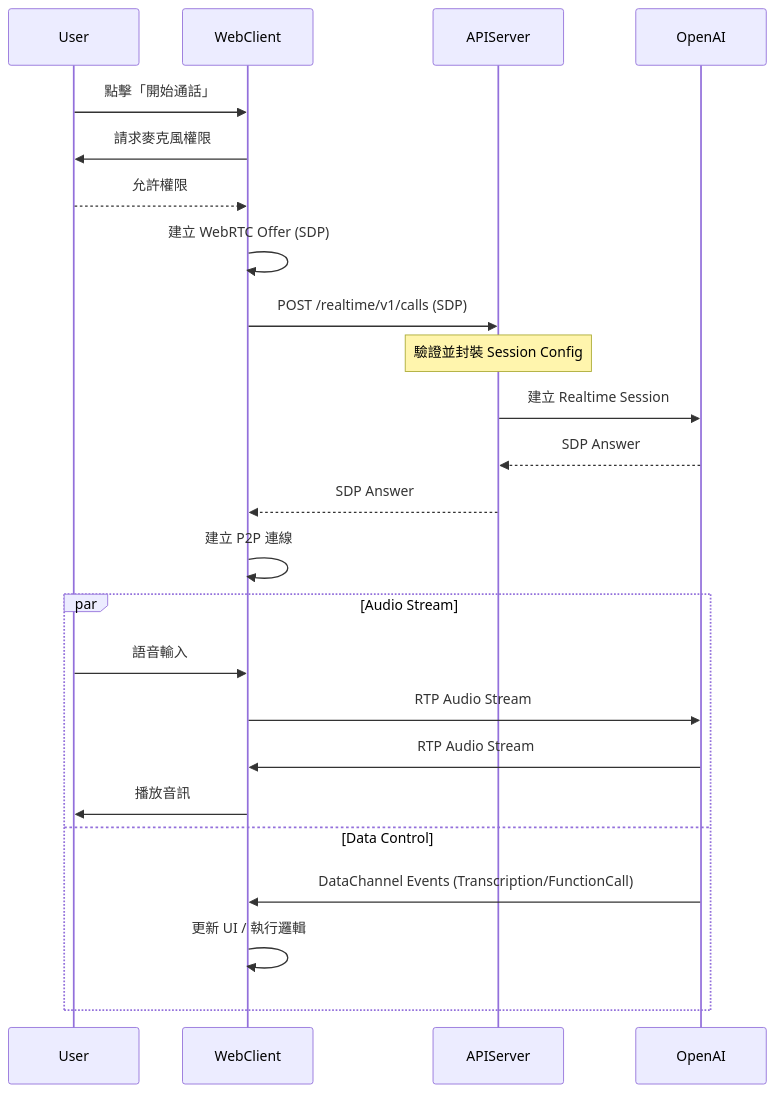
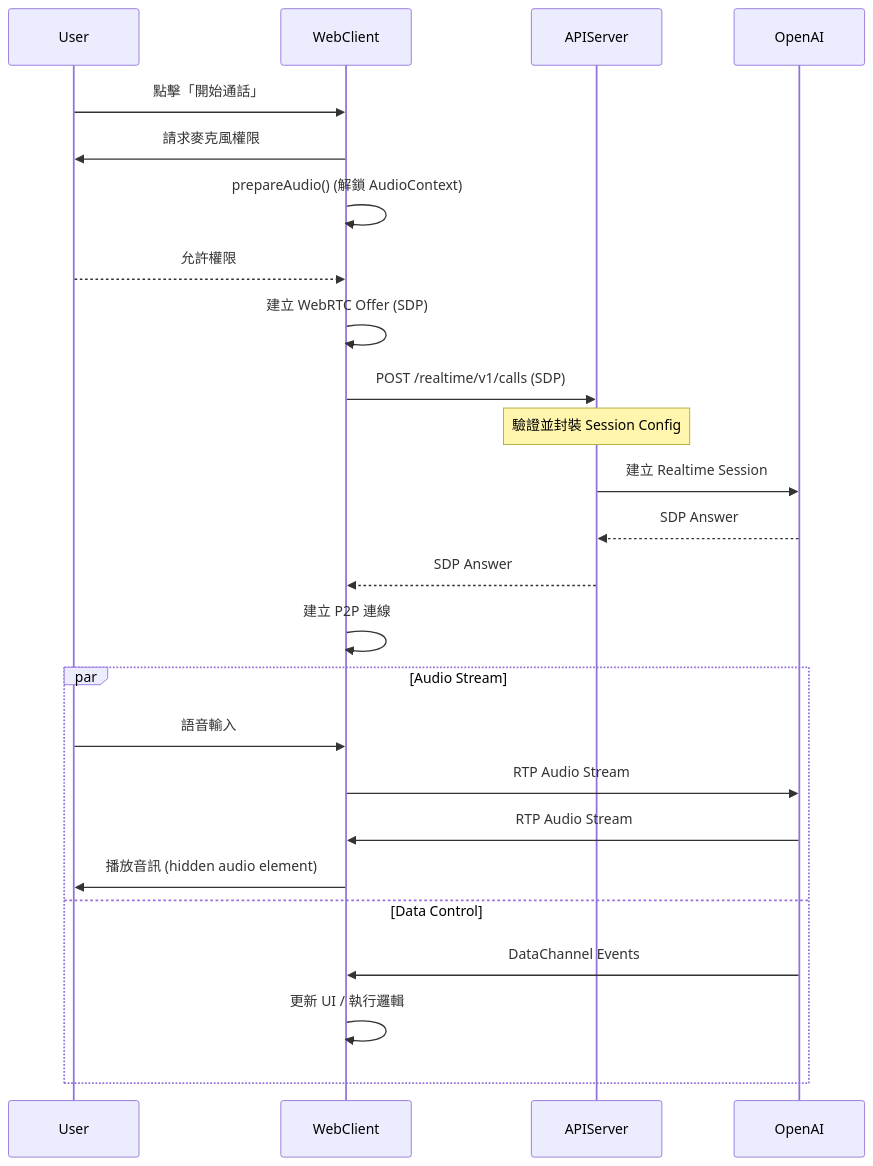
The diagram in TECHNICAL_DOCUMENTATION.md (cathaylife-kh-cloud-team/poc-web-voice-client), drawn with Mermaid before and after one commit. The commit also changed other lines of this file and 3 other files, not shown here.

````diff
--- a/TECHNICAL_DOCUMENTATION.md
+++ b/TECHNICAL_DOCUMENTATION.md
@@ -13,28 +13,29 @@
 ```mermaid
 sequenceDiagram
     participant User
     participant WebClient
     participant APIServer
     participant OpenAI
 
     User->>WebClient: 點擊「開始通話」
     WebClient->>User: 請求麥克風權限
+    WebClient->>WebClient: prepareAudio() (解鎖 AudioContext)
     User-->>WebClient: 允許權限
     WebClient->>WebClient: 建立 WebRTC Offer (SDP)
     WebClient->>APIServer: POST /realtime/v1/calls (SDP)
     Note over APIServer: 驗證並封裝 Session Config
     APIServer->>OpenAI: 建立 Realtime Session
     OpenAI-->>APIServer: SDP Answer
     APIServer-->>WebClient: SDP Answer
     WebClient->>WebClient: 建立 P2P 連線
     
     par Audio Stream
         User->>WebClient: 語音輸入
         WebClient->>OpenAI: RTP Audio Stream
         OpenAI->>WebClient: RTP Audio Stream
-        WebClient->>User: 播放音訊
+        WebClient->>User: 播放音訊 (hidden audio element)
     and Data Control
-        OpenAI->>WebClient: DataChannel Events (Transcription/FunctionCall)
+        OpenAI->>WebClient: DataChannel Events
         WebClient->>WebClient: 更新 UI / 執行邏輯
     end
 ```
````
